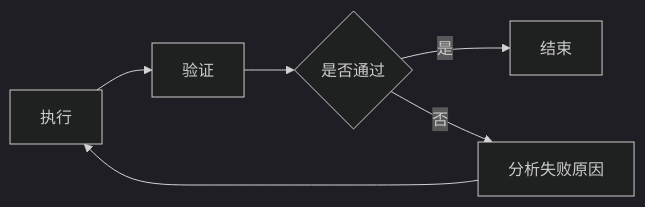
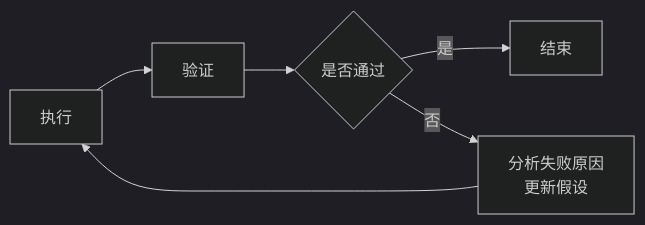
The sixth of 13 diagrams in src/content/blog/soft-orchestration-in-skills.md (sulifreely/hannah), drawn with Mermaid (dark theme) before and after one commit. The commit also changed other lines of this file and 20 other files, not shown here.

Commit message:
chore: rewrite diagrams

````diff
--- a/src/content/blog/soft-orchestration-in-skills.md
+++ b/src/content/blog/soft-orchestration-in-skills.md
@@ -301,13 +304,13 @@
 ```mermaid
 flowchart LR
-    A[执行]
-    B[验证]
-    C{是否通过}
-    D[结束]
-    E[分析失败原因]
+    A["执行"]
+    B["验证"]
+    C{"是否通过"}
+    D["结束"]
+    E["分析失败原因<br/>更新假设"]
     A --> B
     B --> C
-    C -- 是 --> D
-    C -- 否 --> E
+    C -- "是" --> D
+    C -- "否" --> E
     E --> A
 ```
````
